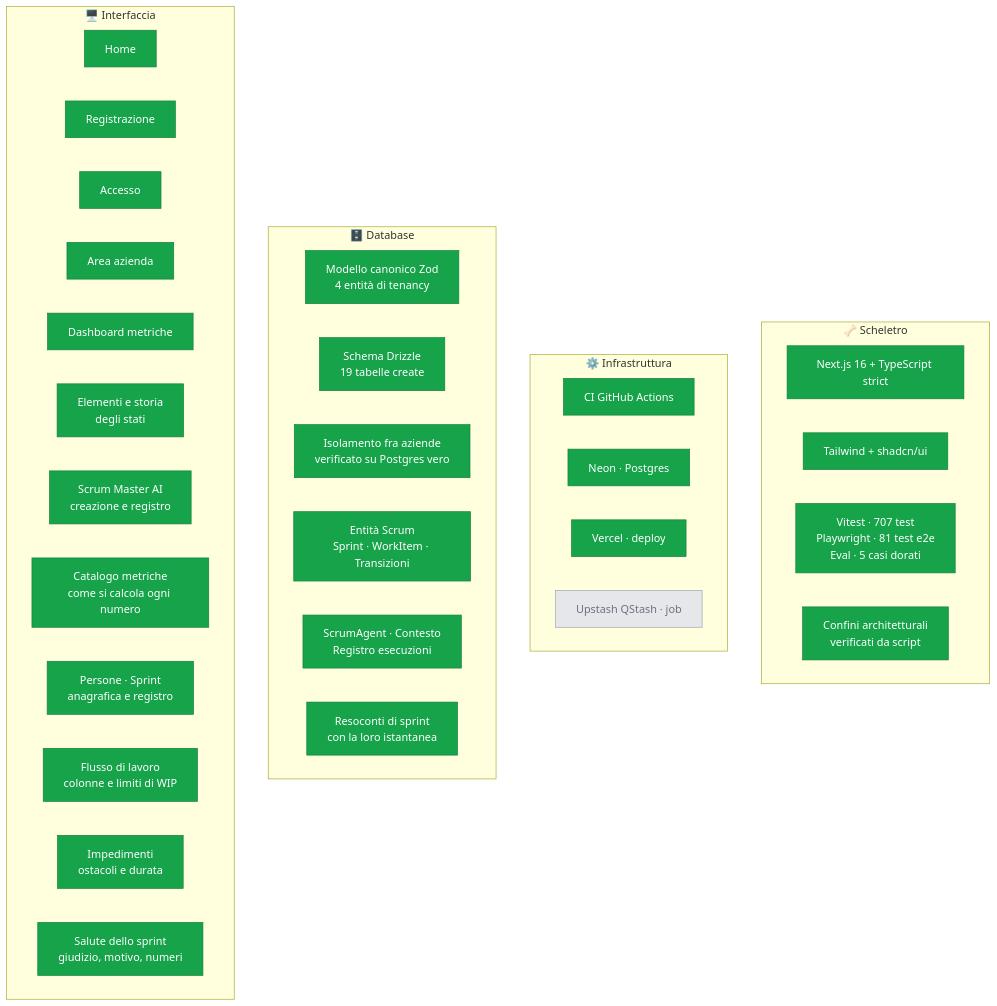
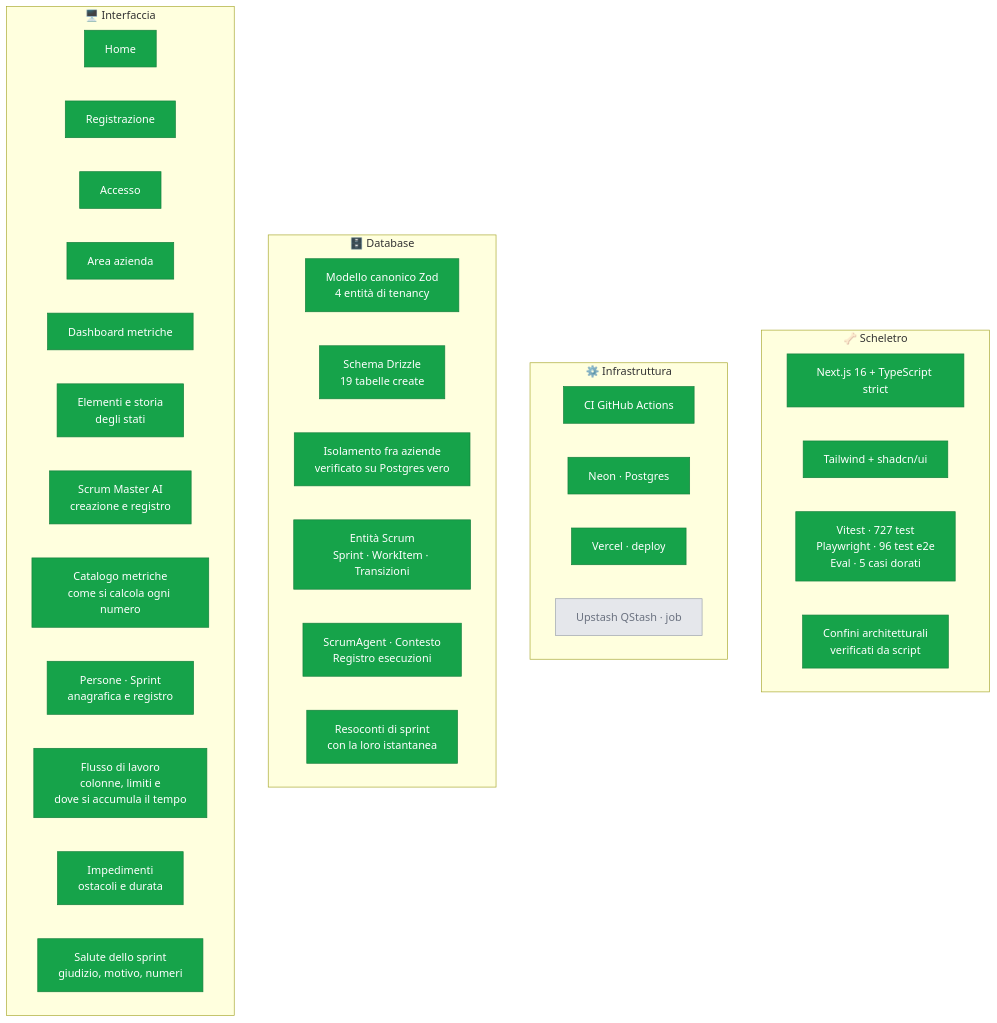
Before and after one commit to dibari62/scrum-master-ai: the first of 3 diagrams in docs/stato-progetto.md, drawn with Mermaid. The commit also changed other lines of this file and 9 other files, not shown here.

````diff
--- a/docs/stato-progetto.md
+++ b/docs/stato-progetto.md
@@ -14,50 +14,50 @@
 ```mermaid
 graph TB
     subgraph SCH["🦴 Scheletro"]
         S1["Next.js 16 + TypeScript strict"]
         S2["Tailwind + shadcn/ui"]
-        S3["Vitest · 707 test<br/>Playwright · 81 test e2e<br/>Eval · 5 casi dorati"]
+        S3["Vitest · 727 test<br/>Playwright · 96 test e2e<br/>Eval · 5 casi dorati"]
         S4["Confini architetturali<br/>verificati da script"]
     end
 
     subgraph INF["⚙️ Infrastruttura"]
         I1["CI GitHub Actions"]
         I2["Neon · Postgres"]
         I3["Vercel · deploy"]
         I4["Upstash QStash · job"]
     end
 
     subgraph DB["🗄️ Database"]
         D1["Modello canonico Zod<br/>4 entità di tenancy"]
         D2["Schema Drizzle<br/>19 tabelle create"]
         D3["Isolamento fra aziende<br/>verificato su Postgres vero"]
         D4["Entità Scrum<br/>Sprint · WorkItem · Transizioni"]
         D5["ScrumAgent · Contesto<br/>Registro esecuzioni"]
         D6["Resoconti di sprint<br/>con la loro istantanea"]
     end
 
     subgraph UI["🖥️ Interfaccia"]
         U1["Home"]
         U2["Registrazione"]
         U3["Accesso"]
         U4["Area azienda"]
         U5["Dashboard metriche"]
         U7["Elementi e storia<br/>degli stati"]
         U6["Scrum Master AI<br/>creazione e registro"]
         U8["Catalogo metriche<br/>come si calcola ogni numero"]
         U9["Persone · Sprint<br/>anagrafica e registro"]
-        U10["Flusso di lavoro<br/>colonne e limiti di WIP"]
+        U10["Flusso di lavoro<br/>colonne, limiti e<br/>dove si accumula il tempo"]
         U11["Impedimenti<br/>ostacoli e durata"]
         U12["Salute dello sprint<br/>giudizio, motivo, numeri"]
     end
 
     classDef fatto fill:#16a34a,stroke:#15803d,color:#fff
     classDef corso fill:#eab308,stroke:#ca8a04,color:#000
     classDef todo fill:#e5e7eb,stroke:#9ca3af,color:#6b7280
 
     class S1,S2,S3,S4 fatto
     class I1,I2,I3 fatto
     class I4 todo
     class D1,D2,D3,D4,D5,D6 fatto
     class U1,U2,U3,U4,U5,U6,U7,U8,U9,U10,U11,U12 fatto
 ```
````
